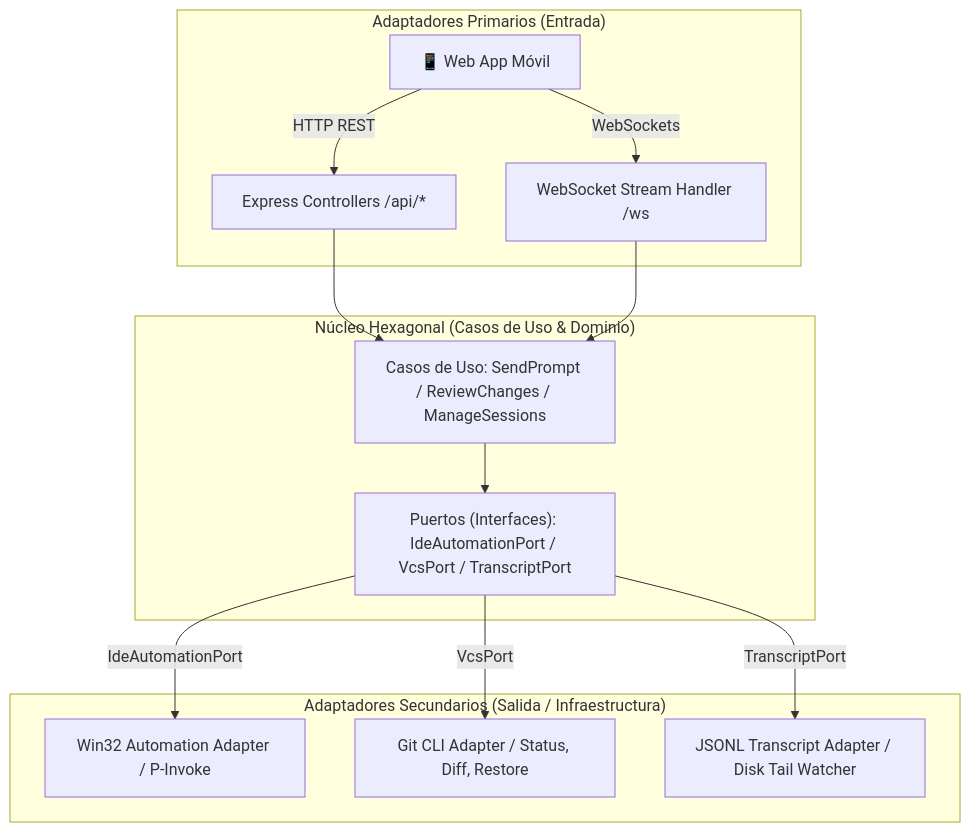
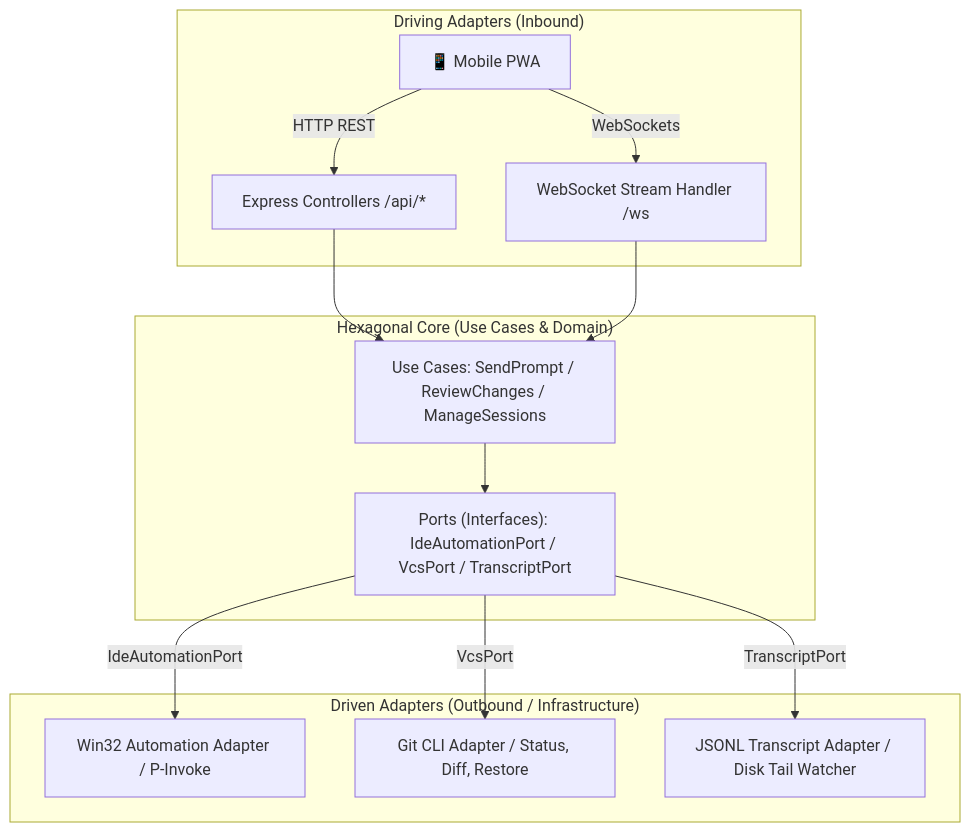
Before and after one commit to IvanCR48/Pocket-AntiGravityIDE: the diagram in README.md, drawn with Mermaid. The commit also changed other lines of this file, not shown here.

Commit message:
docs: translate README to English with benefit-driven developer storytelling

````diff
--- a/README.md
+++ b/README.md
@@ -99,19 +100,19 @@
 ```mermaid
 flowchart TD
-    subgraph DrivingAdapters ["Adaptadores Primarios (Entrada)"]
-        Phone[📱 Web App Móvil] -->|HTTP REST| Express[Express Controllers /api/*]
+    subgraph DrivingAdapters ["Driving Adapters (Inbound)"]
+        Phone[📱 Mobile PWA] -->|HTTP REST| Express[Express Controllers /api/*]
         Phone -->|WebSockets| WS[WebSocket Stream Handler /ws]
     end
 
-    subgraph CoreDomain ["Núcleo Hexagonal (Casos de Uso & Dominio)"]
-        Express --> UseCases[Casos de Uso: SendPrompt / ReviewChanges / ManageSessions]
+    subgraph CoreDomain ["Hexagonal Core (Use Cases & Domain)"]
+        Express --> UseCases[Use Cases: SendPrompt / ReviewChanges / ManageSessions]
         WS --> UseCases
-        UseCases --> Ports["Puertos (Interfaces): IdeAutomationPort / VcsPort / TranscriptPort"]
+        UseCases --> Ports["Ports (Interfaces): IdeAutomationPort / VcsPort / TranscriptPort"]
     end
 
-    subgraph DrivenAdapters ["Adaptadores Secundarios (Salida / Infraestructura)"]
+    subgraph DrivenAdapters ["Driven Adapters (Outbound / Infrastructure)"]
         Ports -->|IdeAutomationPort| Win32Adapter[Win32 Automation Adapter / P-Invoke]
         Ports -->|VcsPort| GitAdapter[Git CLI Adapter / Status, Diff, Restore]
         Ports -->|TranscriptPort| JsonlAdapter[JSONL Transcript Adapter / Disk Tail Watcher]
     end
 ```
````
